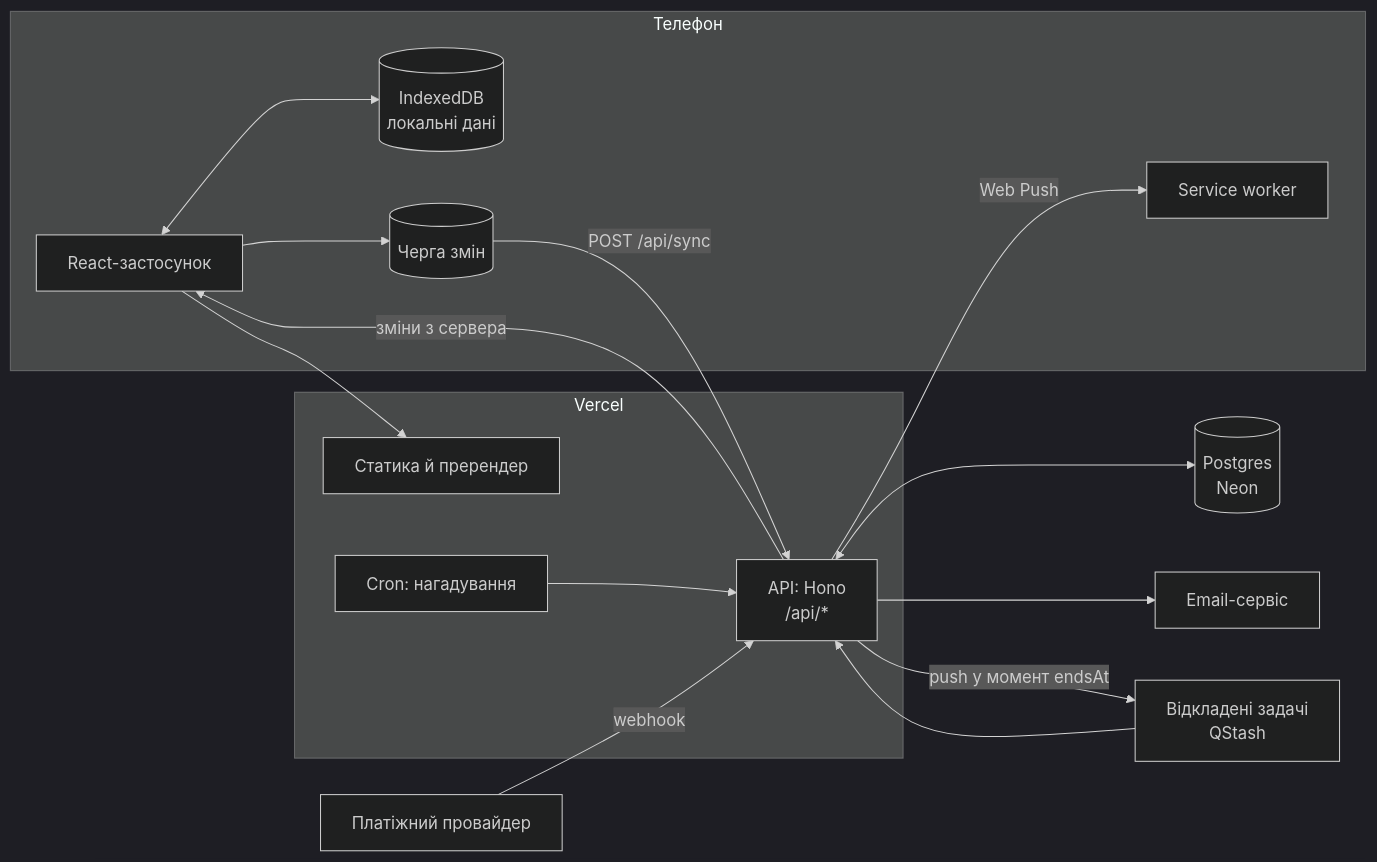
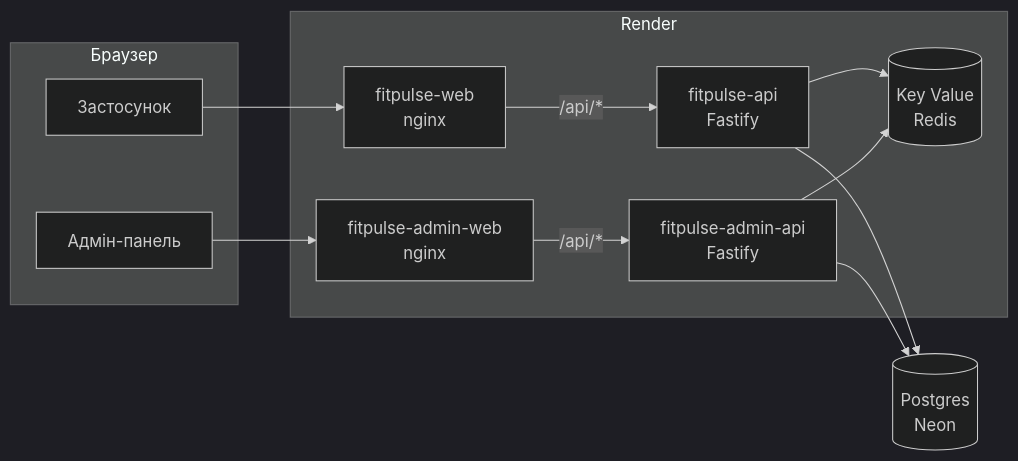
One commit to tsukanovSerhii/FitPulse changed the first of 4 diagrams in docs/backend.md. Above: the diagram before and after it, drawn with Mermaid (dark theme). The commit also changed other lines of this file and 3 other files, not shown here.

First line of the commit message:
docs: describe the Fastify backend, Docker and Render setup

````diff
--- a/docs/backend.md
+++ b/docs/backend.md
@@ -27,29 +29,23 @@
 ```mermaid
 flowchart LR
-  subgraph phone [Телефон]
-    ui[React-застосунок]
-    local[(IndexedDB<br/>локальні дані)]
-    outbox[(Черга змін)]
-    sw[Service worker]
-    ui <--> local
-    ui --> outbox
+  subgraph phone [Браузер]
+    app[Застосунок]
+    admin[Адмін-панель]
   end
-  subgraph vercel [Vercel]
-    cdn[Статика й пререндер]
-    api["API: Hono<br/>/api/*"]
-    cron[Cron: нагадування]
+  subgraph render [Render]
+    web["fitpulse-web<br/>nginx"]
+    adminweb["fitpulse-admin-web<br/>nginx"]
+    api["fitpulse-api<br/>Fastify"]
+    adminapi["fitpulse-admin-api<br/>Fastify"]
+    kv[(Key Value<br/>Redis)]
   end
   db[(Postgres<br/>Neon)]
-  mail[Email-сервіс]
-  queue[Відкладені задачі<br/>QStash]
-  pay[Платіжний провайдер]
-  ui --> cdn
-  outbox -- "POST /api/sync" --> api
-  api -- зміни з сервера --> ui
-  api <--> db
-  api --> mail
-  api -- "push у момент endsAt" --> queue --> api
-  api -- Web Push --> sw
-  cron --> api
-  pay -- webhook --> api
+  app --> web
+  admin --> adminweb
+  web -- "/api/*" --> api
+  adminweb -- "/api/*" --> adminapi
+  api --> db
+  adminapi --> db
+  api --> kv
+  adminapi --> kv
 ```
````
